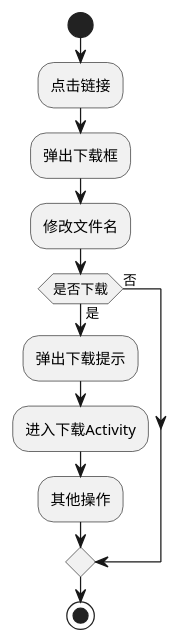
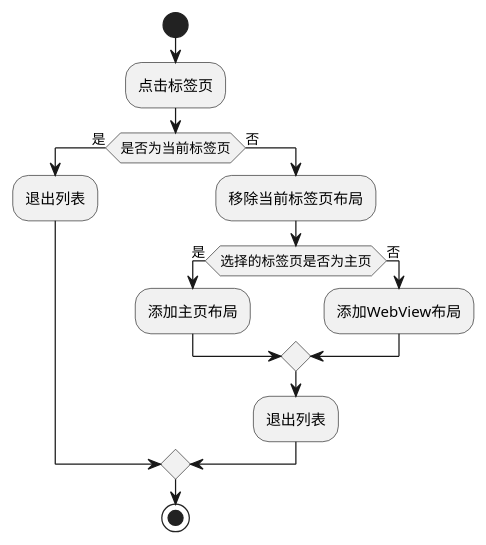
The diagram in app/src/main/java/tk/vozhuo/browser/a.puml (vozhuo/Browser), drawn with PlantUML before and after one commit. The commit also changed 79 other files, not shown here.

```diff
--- a/app/src/main/java/tk/vozhuo/browser/a.puml
+++ b/app/src/main/java/tk/vozhuo/browser/a.puml
@@ -1,13 +1,16 @@
 @startuml
 start
-:点击链接;
-:弹出下载框;
-:修改文件名;
-if (是否下载) then (是)
-    :弹出下载提示;
-    :进入下载Activity;
-    :其他操作;
+:点击标签页;
+if (是否为当前标签页) then (是)
+    :退出列表;
 else (否)
+    :移除当前标签页布局;
+    if (选择的标签页是否为主页) then (是)
+        :添加主页布局;
+    else (否)
+        :添加WebView布局;
+    endif
+    :退出列表;
 endif
 stop
 @enduml
```
